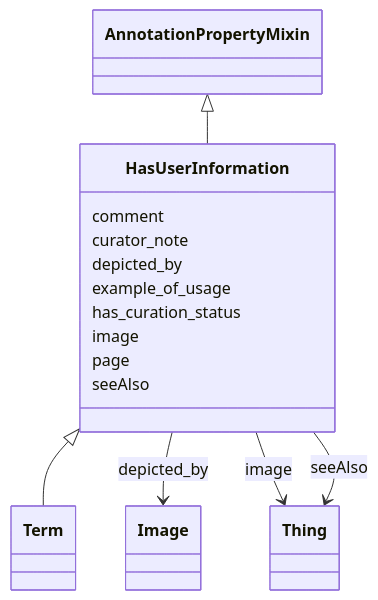
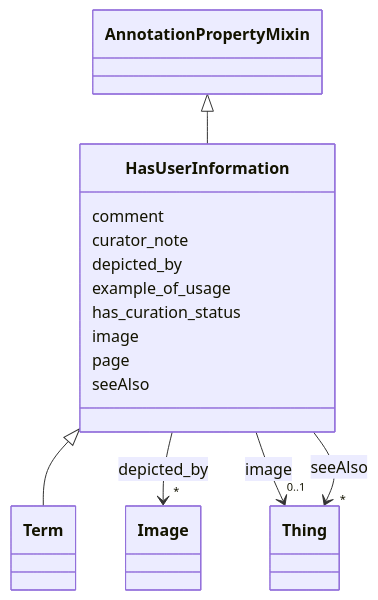
Before and after one commit to INCATools/ontology-access-kit: the diagram in ontology-metadata/HasUserInformation.md, drawn with Mermaid. The commit also changed other lines of this file and 3329 other files, not shown here.

````diff
--- a/ontology-metadata/HasUserInformation.md
+++ b/ontology-metadata/HasUserInformation.md
@@ -12,33 +14,51 @@
 ```{mermaid}
  classDiagram
     class HasUserInformation
+    click HasUserInformation href "../HasUserInformation"
       AnnotationPropertyMixin <|-- HasUserInformation
+        click AnnotationPropertyMixin href "../AnnotationPropertyMixin"
       
 
       HasUserInformation <|-- Term
+        click Term href "../Term"
       
       
       HasUserInformation : comment
         
       HasUserInformation : curator_note
         
       HasUserInformation : depicted_by
         
-          HasUserInformation --> Image : depicted_by
+          
+    
+    
+    HasUserInformation --> "*" Image : depicted_by
+    click Image href "../Image"
+
         
       HasUserInformation : example_of_usage
         
       HasUserInformation : has_curation_status
         
       HasUserInformation : image
         
-          HasUserInformation --> Thing : image
+          
+    
+    
+    HasUserInformation --> "0..1" Thing : image
+    click Thing href "../Thing"
+
         
       HasUserInformation : page
         
       HasUserInformation : seeAlso
         
-          HasUserInformation --> Thing : seeAlso
+          
+    
+    
+    HasUserInformation --> "*" Thing : seeAlso
+    click Thing href "../Thing"
+
         
       
 ```
````
